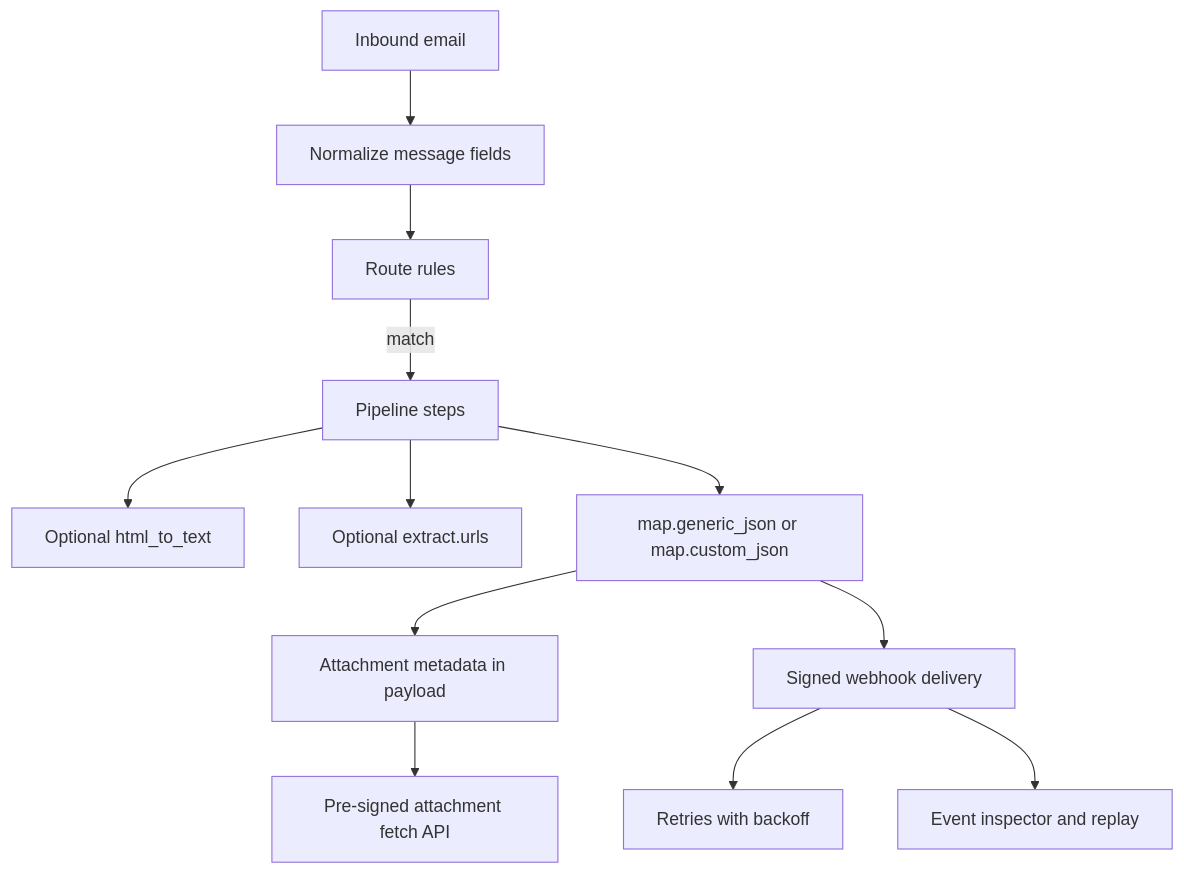
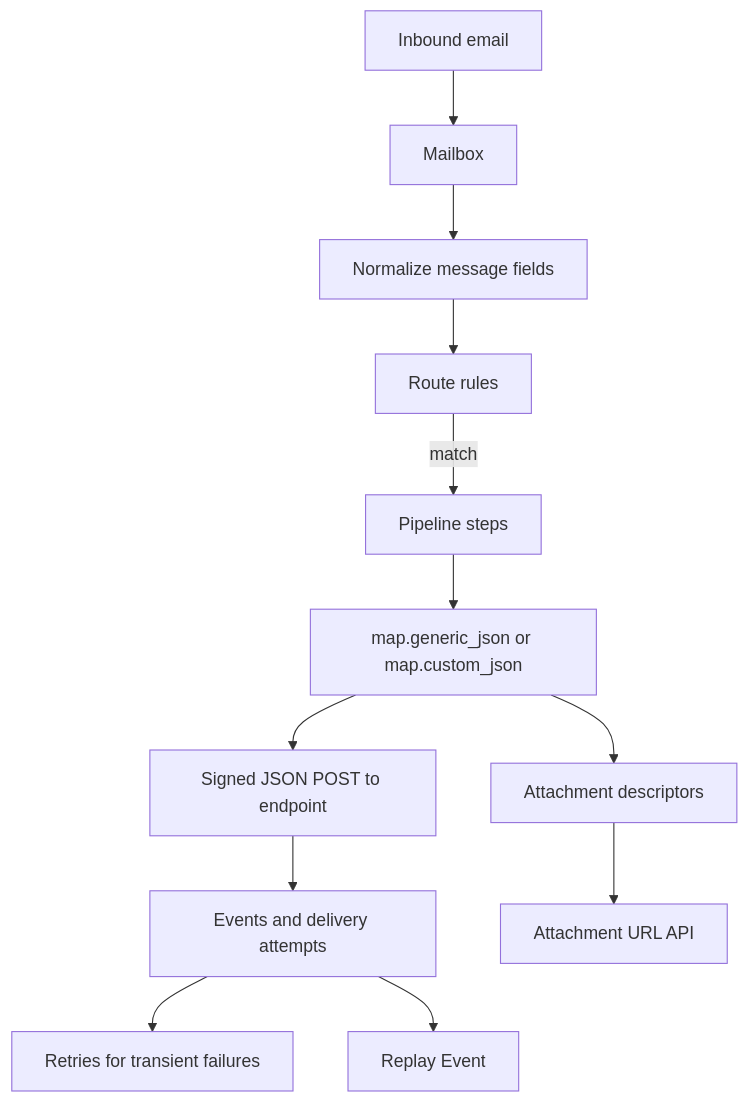
Before and after one commit to pavelsg/mailwebhook-docs: the diagram in index.md, drawn with Mermaid. The commit also changed other lines of this file and 41 other files, not shown here.

````diff
--- a/index.md
+++ b/index.md
@@ -30,14 +33,14 @@
 ```mermaid
 flowchart TD
-    A[Inbound email] --> B[Normalize message fields]
-    B --> C[Route rules]
-    C -->|match| D[Pipeline steps]
-    D --> E[Optional html_to_text]
-    D --> F[Optional extract.urls]
-    D --> G[map.generic_json or map.custom_json]
-    G --> H[Attachment metadata in payload]
-    H --> I[Pre-signed attachment fetch API]
-    G --> J[Signed webhook delivery]
-    J --> K[Retries with backoff]
-    J --> L[Event inspector and replay]
+    A[Inbound email] --> B[Mailbox]
+    B --> C[Normalize message fields]
+    C --> D[Route rules]
+    D -->|match| E[Pipeline steps]
+    E --> F[map.generic_json or map.custom_json]
+    F --> G[Signed JSON POST to endpoint]
+    G --> H[Events and delivery attempts]
+    H --> I[Retries for transient failures]
+    H --> J[Replay Event]
+    F --> K[Attachment descriptors]
+    K --> L[Attachment URL API]
 ```
````
